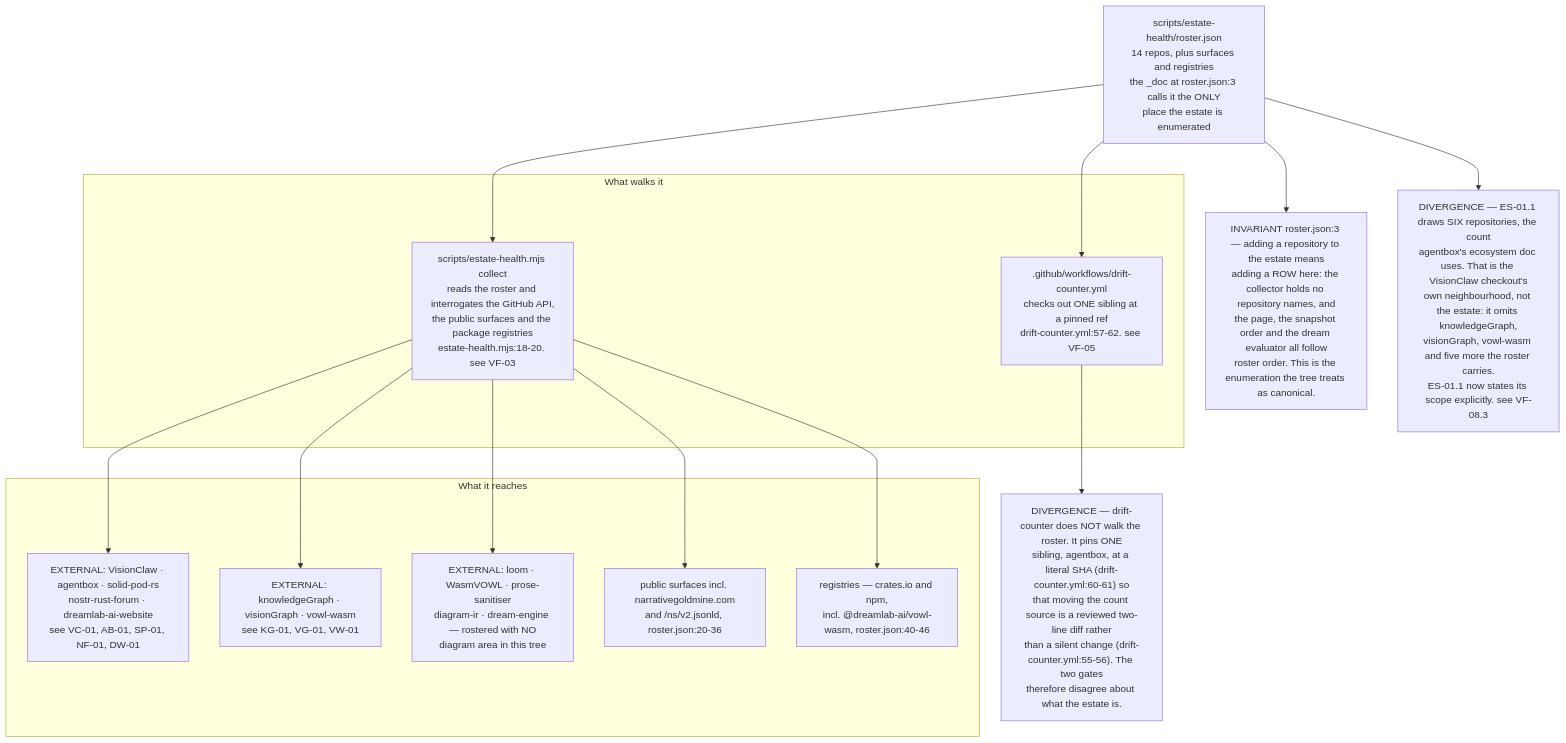
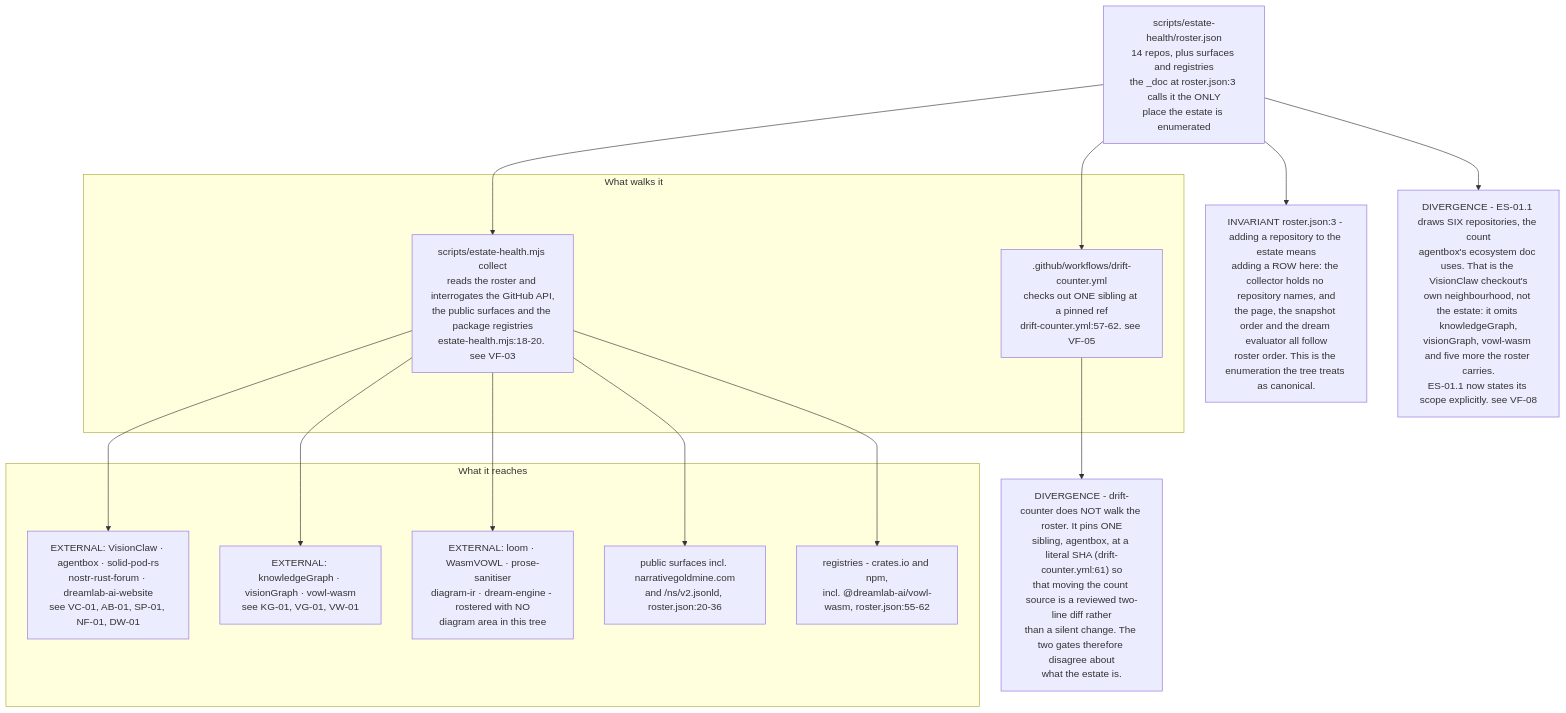
One commit to DreamLab-AI/VisionFlow changed the fifth of 5 diagrams in docs/diagrams/estate/11-publishing-axis.md. Above: the diagram before and after it, drawn with Mermaid. The commit also changed other lines of this file and 136 other files, not shown here.

First line of the commit message:
docs(diagrams): refresh the whole corpus to code HEAD and prune low-value diagrams

````diff
--- a/docs/diagrams/estate/11-publishing-axis.md
+++ b/docs/diagrams/estate/11-publishing-axis.md
@@ -128,33 +133,33 @@
 ```mermaid
 flowchart TB
     ROSTER["scripts/estate-health/roster.json<br/>14 repos, plus surfaces and registries<br/>the _doc at roster.json:3 calls it the ONLY<br/>place the estate is enumerated"]
 
     subgraph READERS["What walks it"]
         EH["scripts/estate-health.mjs collect<br/>reads the roster and interrogates the GitHub API,<br/>the public surfaces and the package registries<br/>estate-health.mjs:18-20. see VF-03"]
         DC[".github/workflows/drift-counter.yml<br/>checks out ONE sibling at a pinned ref<br/>drift-counter.yml:57-62. see VF-05"]
     end
 
     subgraph TARGETS["What it reaches"]
         R1["EXTERNAL: VisionClaw · agentbox · solid-pod-rs<br/>nostr-rust-forum · dreamlab-ai-website<br/>see VC-01, AB-01, SP-01, NF-01, DW-01"]
         R2["EXTERNAL: knowledgeGraph · visionGraph · vowl-wasm<br/>see KG-01, VG-01, VW-01"]
-        R3["EXTERNAL: loom · WasmVOWL · prose-sanitiser<br/>diagram-ir · dream-engine — rostered with NO<br/>diagram area in this tree"]
+        R3["EXTERNAL: loom · WasmVOWL · prose-sanitiser<br/>diagram-ir · dream-engine - rostered with NO<br/>diagram area in this tree"]
         SURF["public surfaces incl. narrativegoldmine.com<br/>and /ns/v2.jsonld, roster.json:20-36"]
-        REG["registries — crates.io and npm,<br/>incl. @dreamlab-ai/vowl-wasm, roster.json:40-46"]
+        REG["registries - crates.io and npm,<br/>incl. @dreamlab-ai/vowl-wasm, roster.json:55-62"]
     end
 
     ROSTER --> EH
     ROSTER --> DC
     EH --> R1
     EH --> R2
     EH --> R3
     EH --> SURF
     EH --> REG
 
-    INV["INVARIANT roster.json:3 — adding a repository to the estate means<br/>adding a ROW here: the collector holds no repository names, and<br/>the page, the snapshot order and the dream evaluator all follow<br/>roster order. This is the enumeration the tree treats as canonical."]
-    D1["DIVERGENCE — drift-counter does NOT walk the roster. It pins ONE<br/>sibling, agentbox, at a literal SHA (drift-counter.yml:60-61) so<br/>that moving the count source is a reviewed two-line diff rather<br/>than a silent change (drift-counter.yml:55-56). The two gates<br/>therefore disagree about what the estate is."]
-    D2["DIVERGENCE — ES-01.1 draws SIX repositories, the count<br/>agentbox's ecosystem doc uses. That is the VisionClaw checkout's<br/>own neighbourhood, not the estate: it omits knowledgeGraph,<br/>visionGraph, vowl-wasm and five more the roster carries.<br/>ES-01.1 now states its scope explicitly. see VF-08.3"]
+    INV["INVARIANT roster.json:3 - adding a repository to the estate means<br/>adding a ROW here: the collector holds no repository names, and<br/>the page, the snapshot order and the dream evaluator all follow<br/>roster order. This is the enumeration the tree treats as canonical."]
+    D1["DIVERGENCE - drift-counter does NOT walk the roster. It pins ONE<br/>sibling, agentbox, at a literal SHA (drift-counter.yml:61) so<br/>that moving the count source is a reviewed two-line diff rather<br/>than a silent change. The two gates therefore disagree about<br/>what the estate is."]
+    D2["DIVERGENCE - ES-01.1 draws SIX repositories, the count<br/>agentbox's ecosystem doc uses. That is the VisionClaw checkout's<br/>own neighbourhood, not the estate: it omits knowledgeGraph,<br/>visionGraph, vowl-wasm and five more the roster carries.<br/>ES-01.1 now states its scope explicitly. see VF-08"]
 
     ROSTER --> INV
     DC --> D1
     ROSTER --> D2
 ```
````
